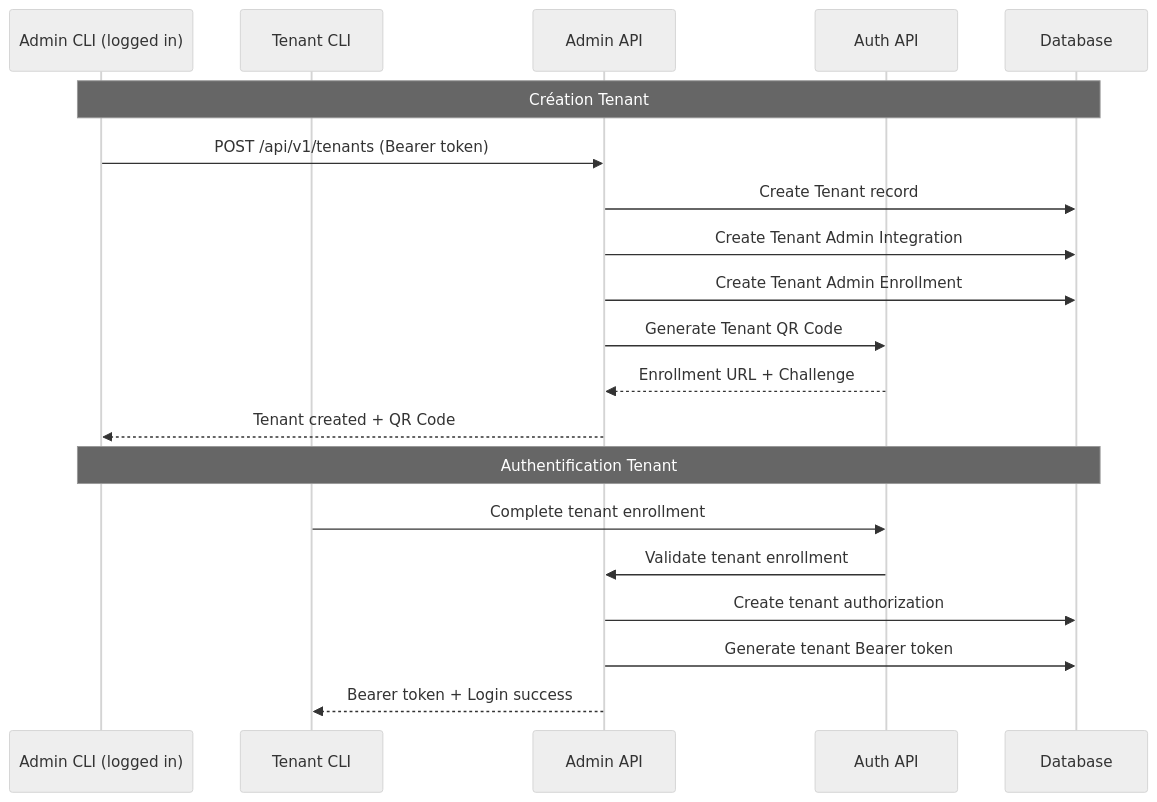
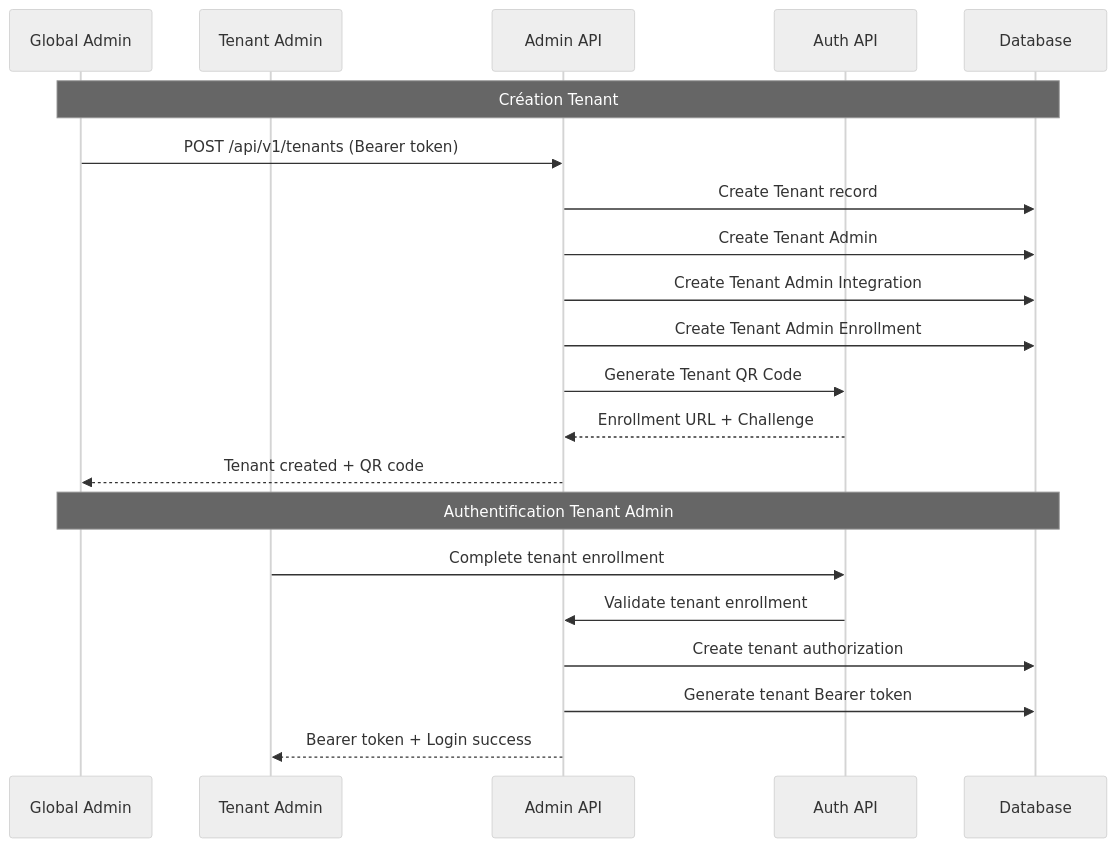
One commit to mgagp/ezkey changed the fourth of 4 diagrams in docs/features/SECURITY_MULTI_TENANT.md. Above: the diagram before and after it, drawn with Mermaid (neutral theme). The commit also changed other lines of this file, not shown here.

First line of the commit message:
Update SECURITY_MULTI_TENANT documentation for Ezkey Admin API

````diff
--- a/docs/features/SECURITY_MULTI_TENANT.md
+++ b/docs/features/SECURITY_MULTI_TENANT.md
@@ -142,24 +315,25 @@
 ```mermaid
 sequenceDiagram
-    participant AdminCLI as Admin CLI (logged in)
-    participant TenantCLI as Tenant CLI
+    participant GlobalAdmin as Global Admin
+    participant TenantAdmin as Tenant Admin
     participant AdminAPI as Admin API
     participant AuthAPI as Auth API
     participant DB as Database
     
-    Note over AdminCLI,DB: Création Tenant
-    AdminCLI->>AdminAPI: POST /api/v1/tenants (Bearer token)
+    Note over GlobalAdmin,DB: Création Tenant
+    GlobalAdmin->>AdminAPI: POST /api/v1/tenants (Bearer token)
     AdminAPI->>DB: Create Tenant record
+    AdminAPI->>DB: Create Tenant Admin
     AdminAPI->>DB: Create Tenant Admin Integration
     AdminAPI->>DB: Create Tenant Admin Enrollment
     AdminAPI->>AuthAPI: Generate Tenant QR Code
     AuthAPI-->>AdminAPI: Enrollment URL + Challenge
-    AdminAPI-->>AdminCLI: Tenant created + QR Code
+    AdminAPI-->>GlobalAdmin: Tenant created + QR code
     
-    Note over AdminCLI,DB: Authentification Tenant
-    TenantCLI->>AuthAPI: Complete tenant enrollment
+    Note over GlobalAdmin,DB: Authentification Tenant Admin
+    TenantAdmin->>AuthAPI: Complete tenant enrollment
     AuthAPI->>AdminAPI: Validate tenant enrollment
     AdminAPI->>DB: Create tenant authorization
     AdminAPI->>DB: Generate tenant Bearer token
-    AdminAPI-->>TenantCLI: Bearer token + Login success
+    AdminAPI-->>TenantAdmin: Bearer token + Login success
 ```
````
